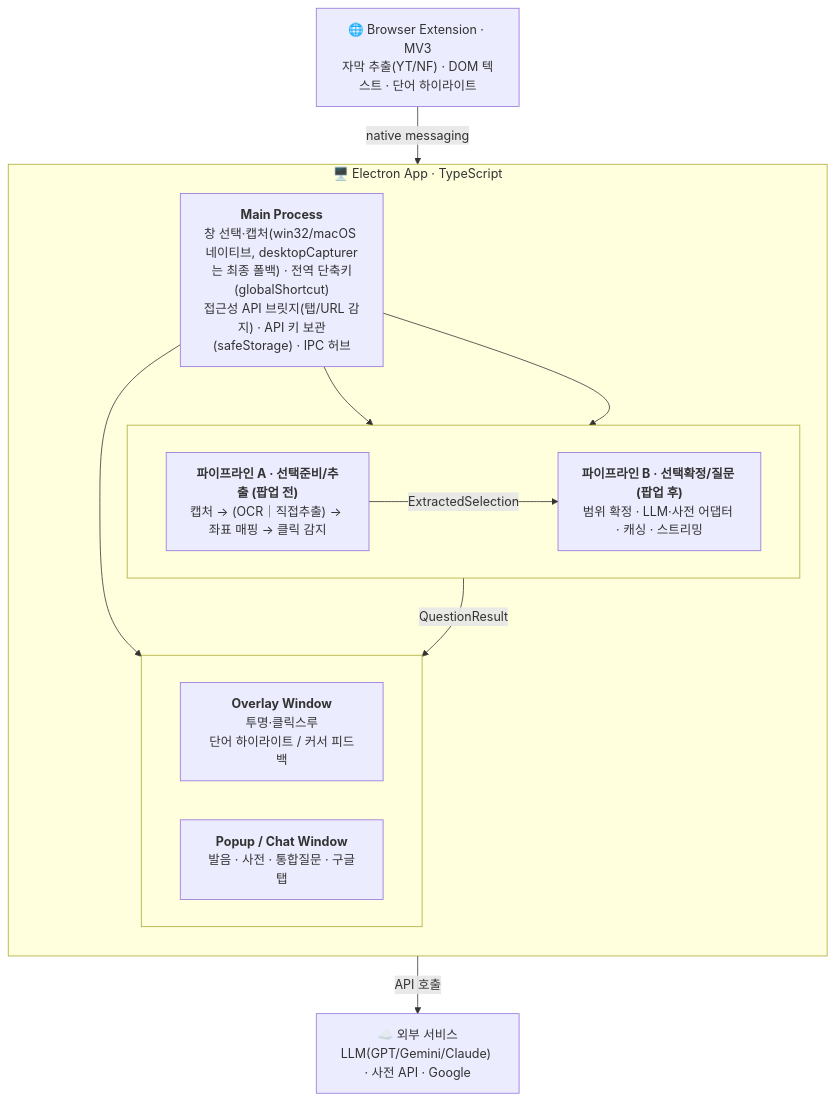
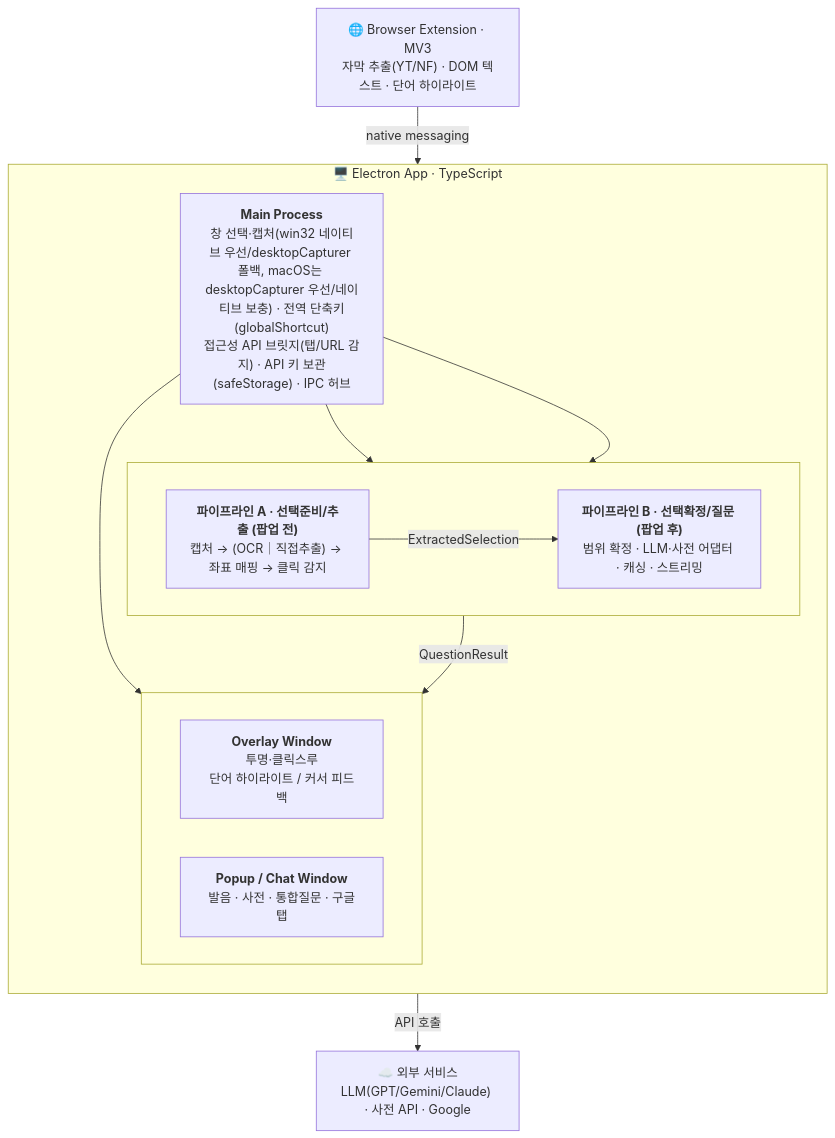
The diagram in PLAN.md (madcamp-official/JoJo), drawn with Mermaid before and after one commit. The commit also changed other lines of this file and 1 other file, not shown here.

First line of the commit message:
docs: desktopCapturer 역할 재정정 및 구글검색·LLM비용 항목 정리

````diff
--- a/PLAN.md
+++ b/PLAN.md
@@ -134,31 +134,31 @@
 ```mermaid
 flowchart TB
     EXT["🌐 Browser Extension · MV3<br/>자막 추출(YT/NF) · DOM 텍스트 · 단어 하이라이트"]
 
     subgraph APP["🖥️ Electron App · TypeScript"]
         direction TB
-        MAIN["<b>Main Process</b><br/>창 선택·캡처(win32/macOS 네이티브, desktopCapturer는 최종 폴백) · 전역 단축키(globalShortcut)<br/>접근성 API 브릿지(탭/URL 감지) · API 키 보관(safeStorage) · IPC 허브"]
+        MAIN["<b>Main Process</b><br/>창 선택·캡처(win32 네이티브 우선/desktopCapturer 폴백, macOS는 desktopCapturer 우선/네이티브 보충) · 전역 단축키(globalShortcut)<br/>접근성 API 브릿지(탭/URL 감지) · API 키 보관(safeStorage) · IPC 허브"]
 
         subgraph PIPE[" "]
             direction LR
             PA["<b>파이프라인 A · 선택준비/추출 (팝업 전)</b><br/>캡처 → (OCR｜직접추출) → 좌표 매핑 → 클릭 감지"]
             PB["<b>파이프라인 B · 선택확정/질문 (팝업 후)</b><br/>범위 확정 · LLM·사전 어댑터 · 캐싱 · 스트리밍"]
         end
 
         subgraph WINS[" "]
             direction LR
             OVL["<b>Overlay Window</b><br/>투명·클릭스루<br/>단어 하이라이트 / 커서 피드백"]
             POP["<b>Popup / Chat Window</b><br/>발음 · 사전 · 통합질문 · 구글탭"]
         end
     end
 
     SVC["☁️ 외부 서비스<br/>LLM(GPT/Gemini/Claude) · 사전 API · Google"]
 
     EXT -- "native messaging" --> MAIN
     MAIN --> PA
     MAIN --> PB
     MAIN --> OVL
     PA -- "ExtractedSelection" --> PB
     PB -- "QuestionResult" --> POP
     PB -- "API 호출" --> SVC
 ```
````
